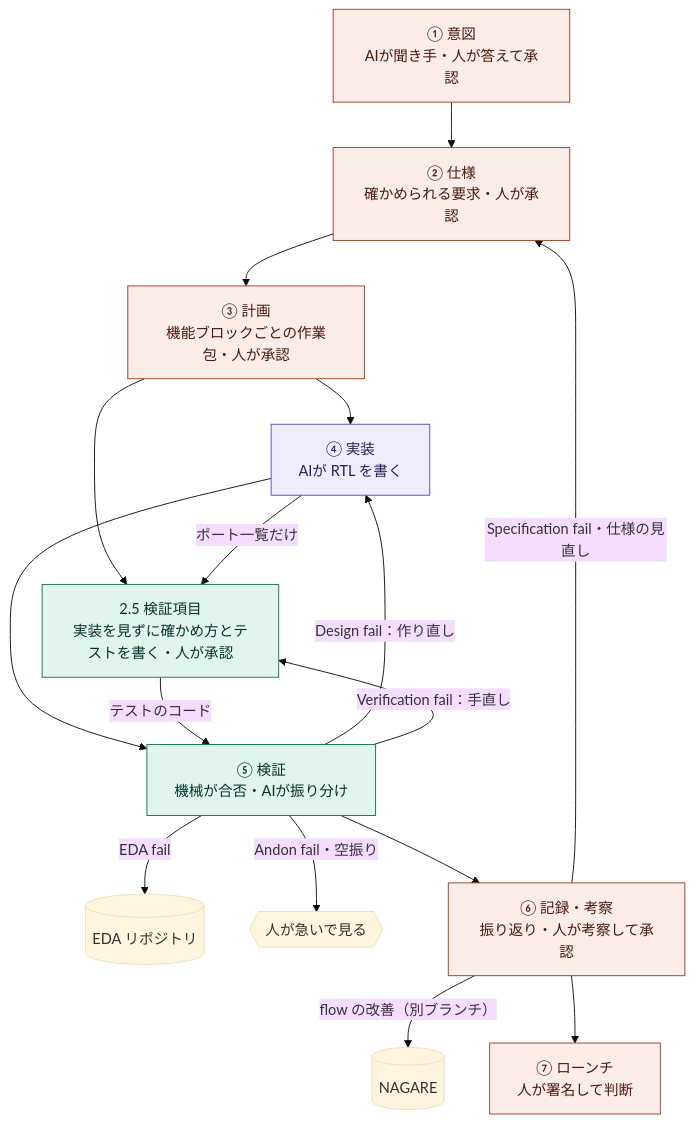
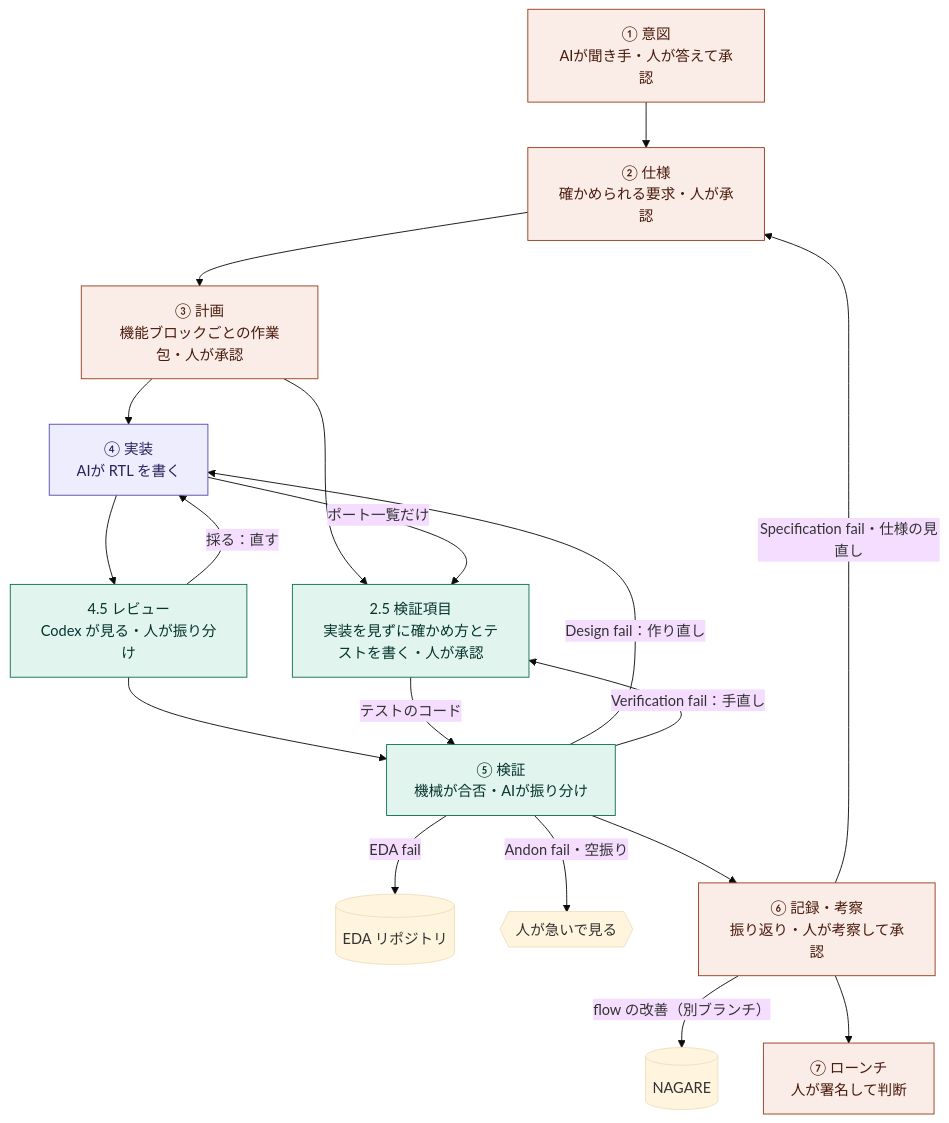
Before and after one commit to mkemmochipretraining-cloud/NAGARE: the diagram in README.md, drawn with Mermaid (base theme). The commit also changed other lines of this file and 9 other files, not shown here.

````diff
--- a/README.md
+++ b/README.md
@@ -11,21 +11,23 @@
 ```mermaid
 flowchart TD
   I["① 意図<br/>AIが聞き手・人が答えて承認"]:::human --> S["② 仕様<br/>確かめられる要求・人が承認"]:::human
   S --> P["③ 計画<br/>機能ブロックごとの作業包・人が承認"]:::human
   P --> M["④ 実装<br/>AIが RTL を書く"]:::ai
   P --> T["2.5 検証項目<br/>実装を見ずに確かめ方とテストを書く・人が承認"]:::verify
   M -- "ポート一覧だけ" --> T
-  M --> V["⑤ 検証<br/>機械が合否・AIが振り分け"]:::verify
+  M --> C["4.5 レビュー<br/>Codex が見る・人が振り分け"]:::verify
+  C -- "採る：直す" --> M
+  C --> V["⑤ 検証<br/>機械が合否・AIが振り分け"]:::verify
   T -- "テストのコード" --> V
   V -- "Design fail：作り直し" --> M
   V -- "Verification fail：手直し" --> T
   V -- "EDA fail" --> E[("EDA リポジトリ")]
   V -- "Andon fail・空振り" --> H{{"人が急いで見る"}}
   V --> R["⑥ 記録・考察<br/>振り返り・人が考察して承認"]:::human
   R -- "Specification fail・仕様の見直し" --> S
   R -- "flow の改善（別ブランチ）" --> N[("NAGARE")]
   R --> L["⑦ ローンチ<br/>人が署名して判断"]:::human
   classDef human fill:#FAECE7,stroke:#993C1D,color:#4A1B0C
   classDef ai fill:#EEEDFE,stroke:#534AB7,color:#26215C
   classDef verify fill:#E1F5EE,stroke:#0F6E56,color:#04342C
 ```
````
